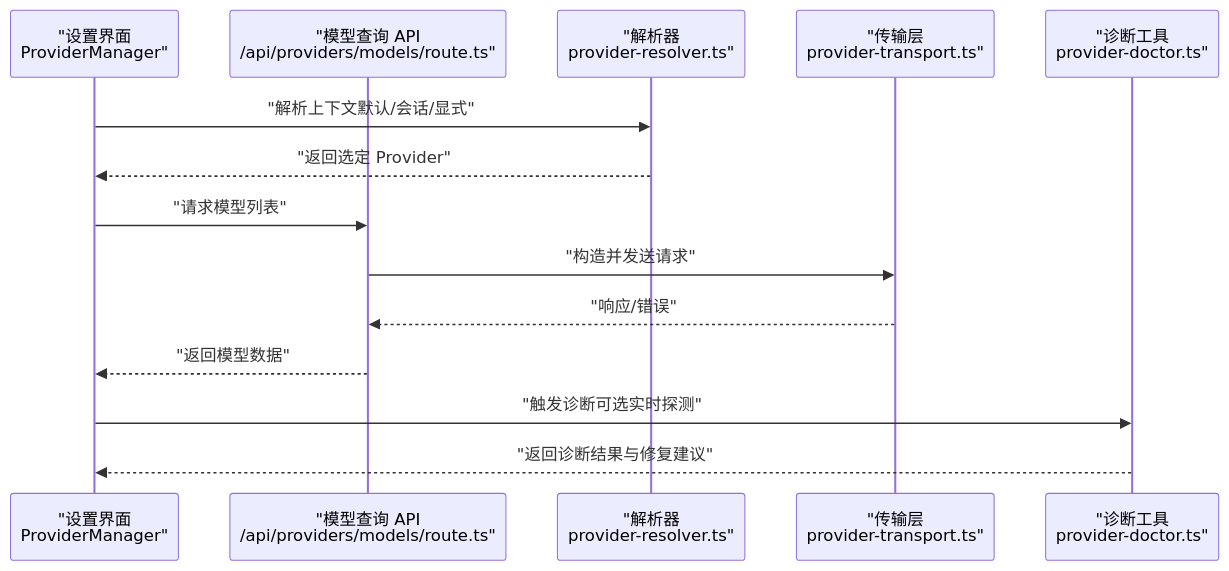
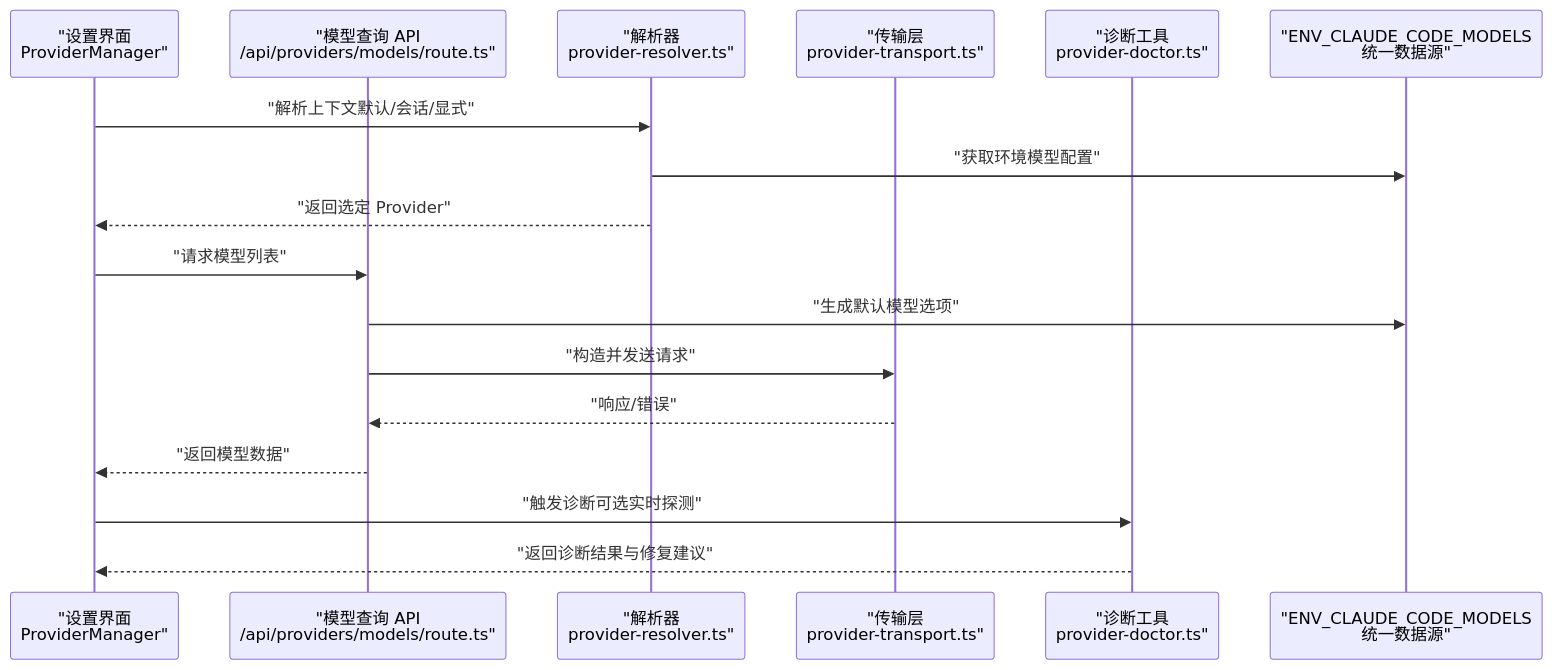
Before and after one commit to haolange/CodePilot: the second of 6 diagrams in .qoder/repowiki/zh/content/核心功能/设置管理系统/Provider 管理.md, drawn with Mermaid. The commit also changed other lines of this file and 8 other files, not shown here.

````diff
--- a/.qoder/repowiki/zh/content/核心功能/设置管理系统/Provider 管理.md
+++ b/.qoder/repowiki/zh/content/核心功能/设置管理系统/Provider 管理.md
@@ -158,16 +182,19 @@
 ```mermaid
 sequenceDiagram
 participant UI as "设置界面<br/>ProviderManager"
 participant API as "模型查询 API<br/>/api/providers/models/route.ts"
 participant RES as "解析器<br/>provider-resolver.ts"
 participant TR as "传输层<br/>provider-transport.ts"
 participant DOC as "诊断工具<br/>provider-doctor.ts"
+participant ECSM as "ENV_CLAUDE_CODE_MODELS<br/>统一数据源"
 UI->>RES : "解析上下文默认/会话/显式"
+RES->>ECSM : "获取环境模型配置"
 RES-->>UI : "返回选定 Provider"
 UI->>API : "请求模型列表"
+API->>ECSM : "生成默认模型选项"
 API->>TR : "构造并发送请求"
 TR-->>API : "响应/错误"
 API-->>UI : "返回模型数据"
 UI->>DOC : "触发诊断可选实时探测"
 DOC-->>UI : "返回诊断结果与修复建议"
 ```
````
